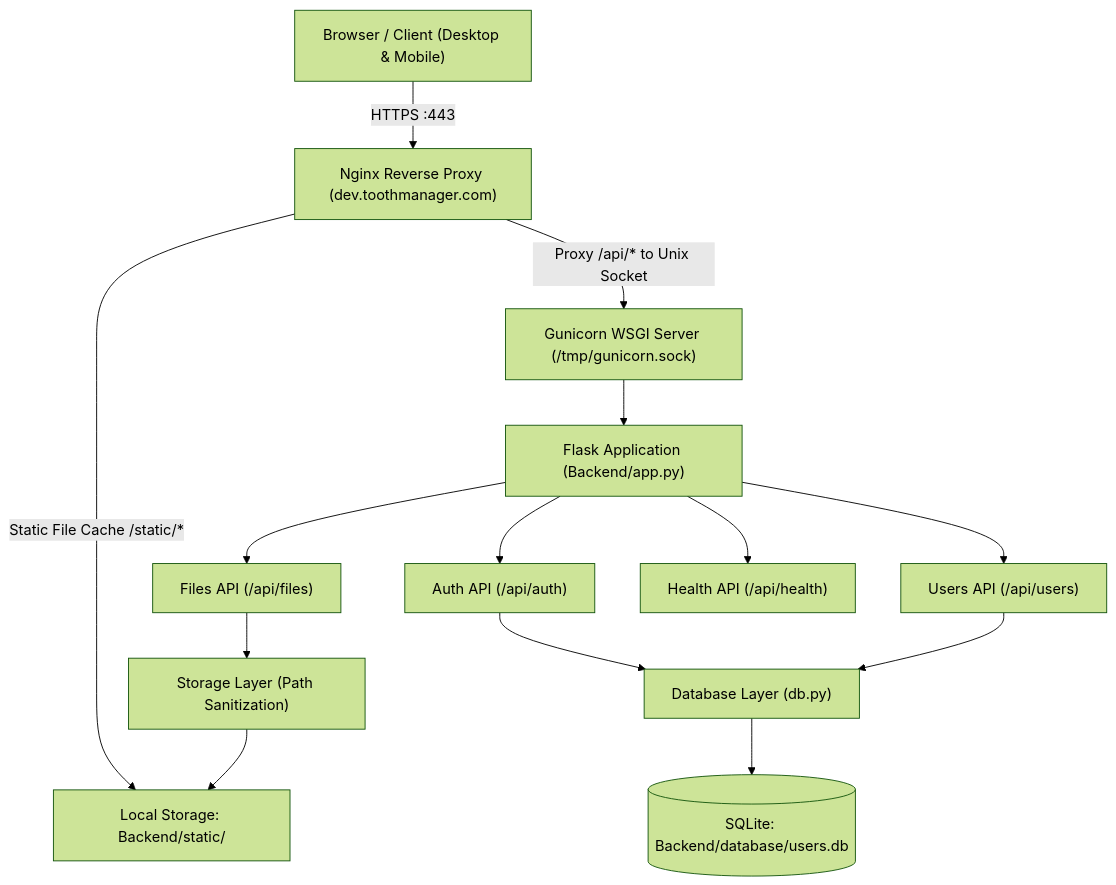
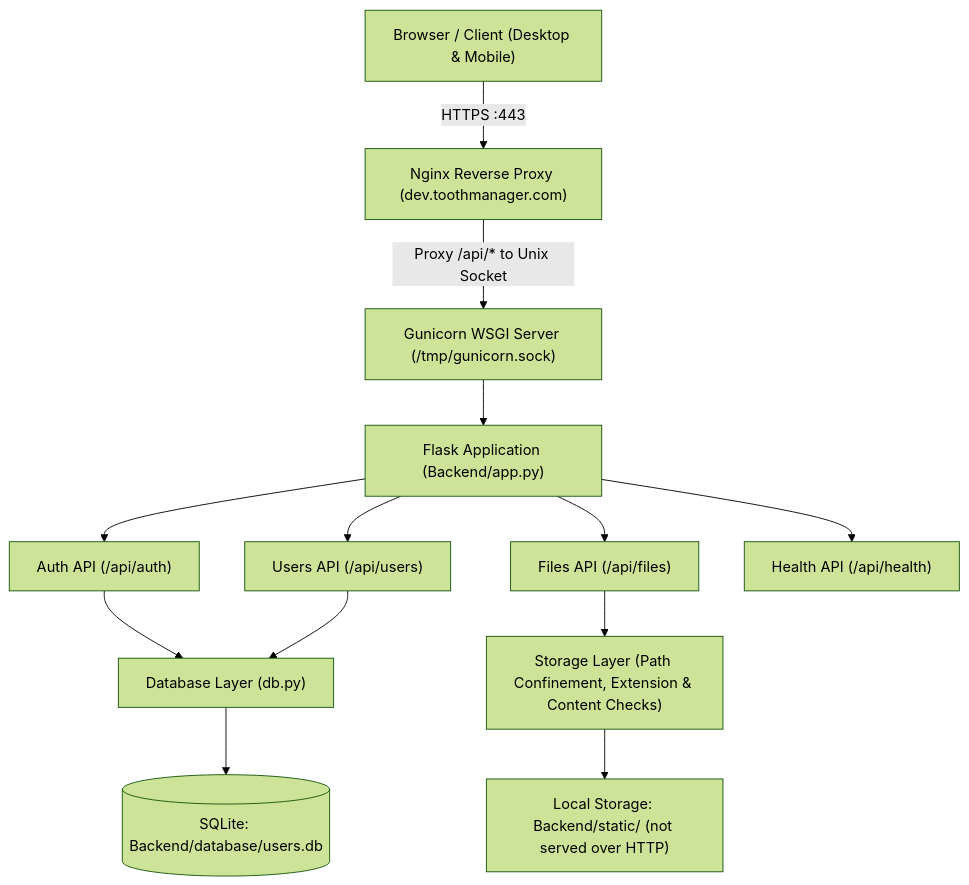
One commit to Stepheng753/FileStorageApp changed the diagram in docs/ARCHITECTURE.md. Above: the diagram before and after it, drawn with Mermaid (forest theme). The commit also changed other lines of this file and 3 other files, not shown here.

````diff
--- a/docs/ARCHITECTURE.md
+++ b/docs/ARCHITECTURE.md
@@ -13,16 +13,15 @@
 ```mermaid
 graph TD
     Client["Browser / Client (Desktop & Mobile)"] -->|HTTPS :443| Nginx["Nginx Reverse Proxy (dev.toothmanager.com)"]
-    Nginx -->|Static File Cache /static/*| StaticFS["Local Storage: Backend/static/"]
     Nginx -->|Proxy /api/* to Unix Socket| Gunicorn["Gunicorn WSGI Server (/tmp/gunicorn.sock)"]
     Gunicorn --> FlaskApp["Flask Application (Backend/app.py)"]
     FlaskApp --> AuthModule["Auth API (/api/auth)"]
     FlaskApp --> FilesModule["Files API (/api/files)"]
     FlaskApp --> UsersModule["Users API (/api/users)"]
     FlaskApp --> HealthModule["Health API (/api/health)"]
-    FilesModule --> StorageCore["Storage Layer (Path Sanitization)"]
-    StorageCore --> StaticFS
+    FilesModule --> StorageCore["Storage Layer (Path Confinement, Extension & Content Checks)"]
+    StorageCore --> StaticFS["Local Storage: Backend/static/ (not served over HTTP)"]
     AuthModule --> DBCore["Database Layer (db.py)"]
     UsersModule --> DBCore
     DBCore --> SQLite[("SQLite: Backend/database/users.db")]
 ```
````
